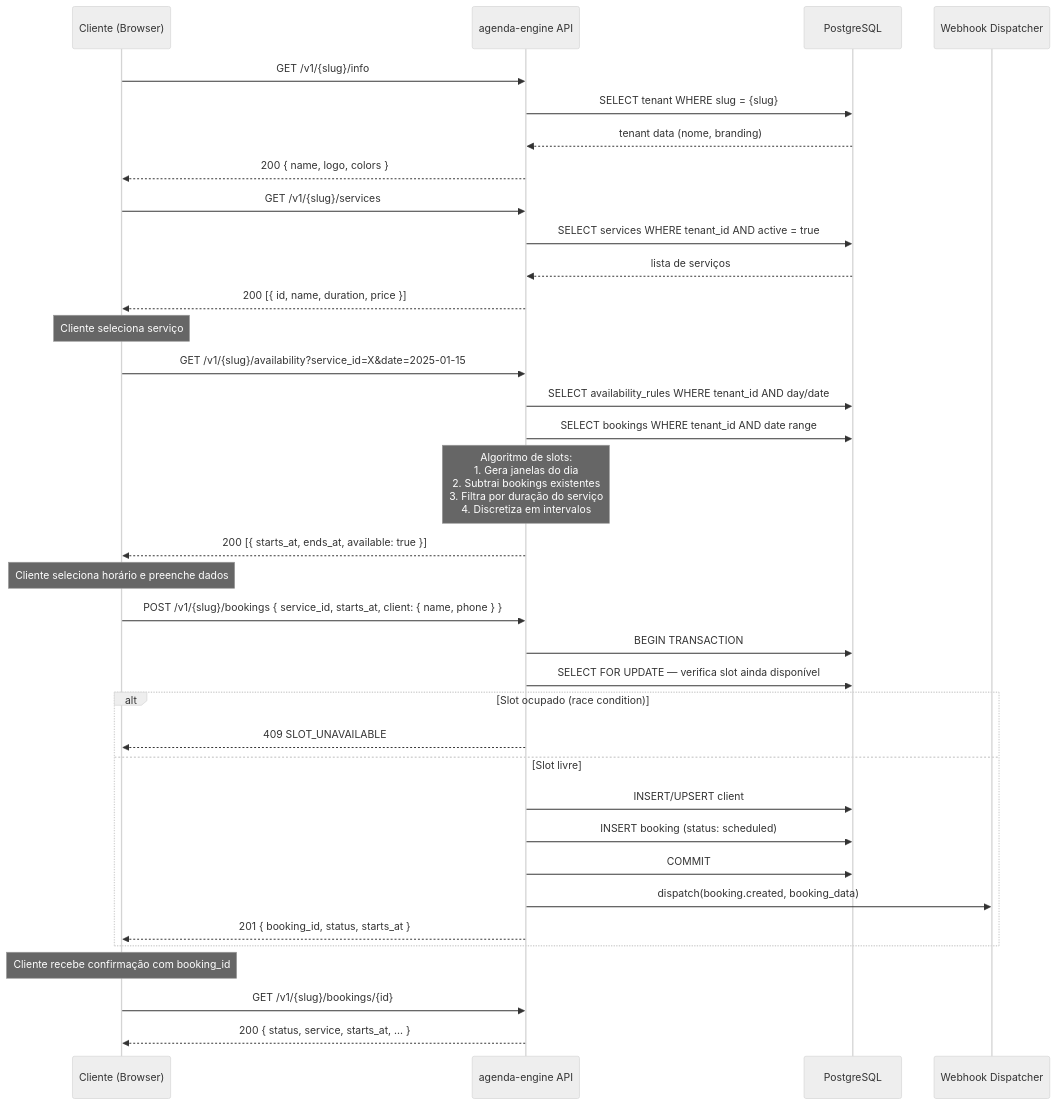
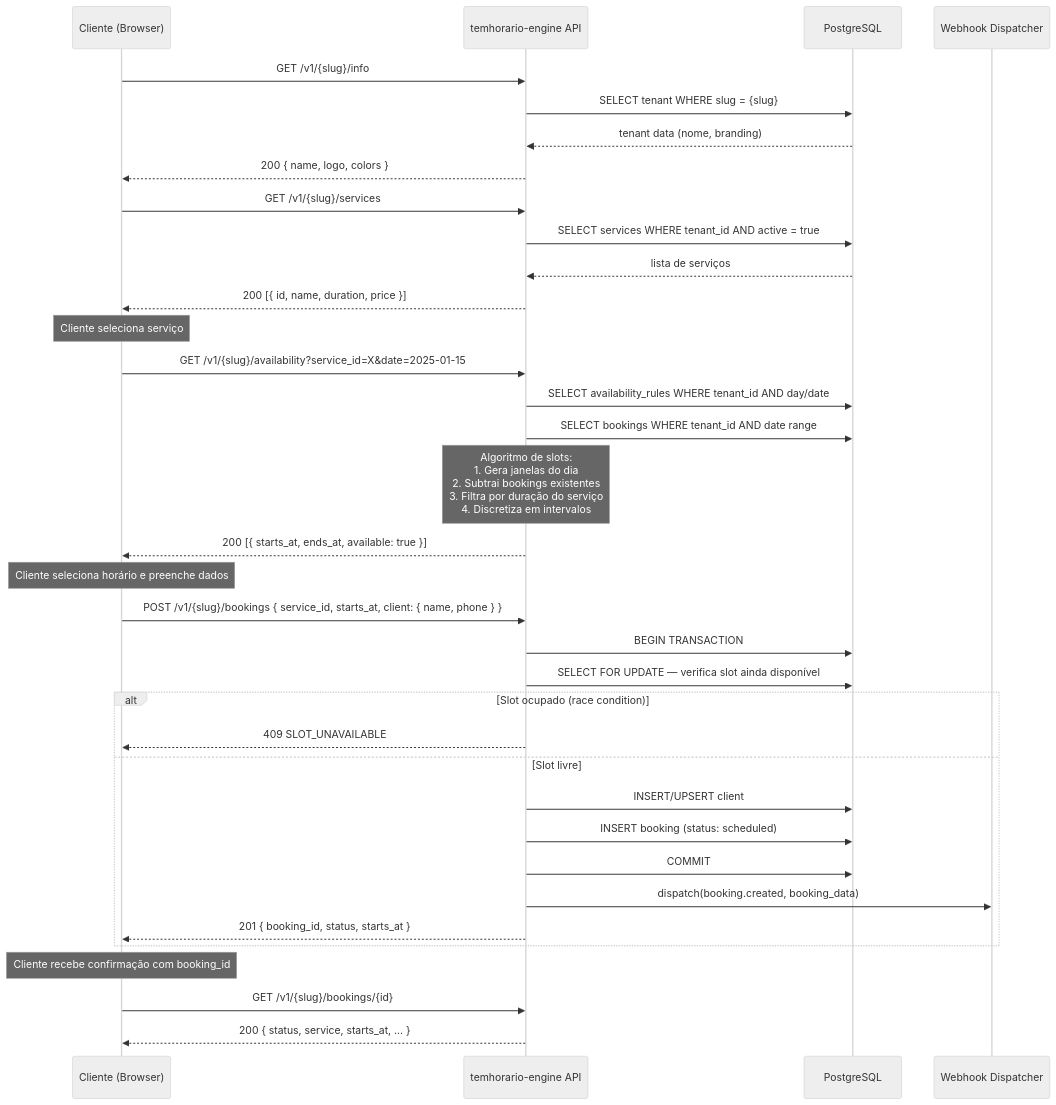
The first of 11 diagrams in docs/backend/flows.md (tassan/temhorario), drawn with Mermaid (neutral theme) before and after one commit. The commit also changed other lines of this file and 12 other files, not shown here.

Commit message:
rename agenda-engine to temhorario-engine

````diff
--- a/docs/backend/flows.md
+++ b/docs/backend/flows.md
@@ -11,44 +11,44 @@
 ```mermaid
 sequenceDiagram
     participant C as Cliente (Browser)
-    participant API as agenda-engine API
+    participant API as temhorario-engine API
     participant DB as PostgreSQL
     participant WH as Webhook Dispatcher
 
     C->>API: GET /v1/{slug}/info
     API->>DB: SELECT tenant WHERE slug = {slug}
     DB-->>API: tenant data (nome, branding)
     API-->>C: 200 { name, logo, colors }
 
     C->>API: GET /v1/{slug}/services
     API->>DB: SELECT services WHERE tenant_id AND active = true
     DB-->>API: lista de serviços
     API-->>C: 200 [{ id, name, duration, price }]
 
     Note over C: Cliente seleciona serviço
 
     C->>API: GET /v1/{slug}/availability?service_id=X&date=2025-01-15
     API->>DB: SELECT availability_rules WHERE tenant_id AND day/date
     API->>DB: SELECT bookings WHERE tenant_id AND date range
     Note over API: Algoritmo de slots:<br/>1. Gera janelas do dia<br/>2. Subtrai bookings existentes<br/>3. Filtra por duração do serviço<br/>4. Discretiza em intervalos
     API-->>C: 200 [{ starts_at, ends_at, available: true }]
 
     Note over C: Cliente seleciona horário e preenche dados
 
     C->>API: POST /v1/{slug}/bookings { service_id, starts_at, client: { name, phone } }
     API->>DB: BEGIN TRANSACTION
     API->>DB: SELECT FOR UPDATE — verifica slot ainda disponível
     alt Slot ocupado (race condition)
         API-->>C: 409 SLOT_UNAVAILABLE
     else Slot livre
         API->>DB: INSERT/UPSERT client
         API->>DB: INSERT booking (status: scheduled)
         API->>DB: COMMIT
         API->>WH: dispatch(booking.created, booking_data)
         API-->>C: 201 { booking_id, status, starts_at }
     end
 
     Note over C: Cliente recebe confirmação com booking_id
     C->>API: GET /v1/{slug}/bookings/{id}
     API-->>C: 200 { status, service, starts_at, ... }
 ```
````
